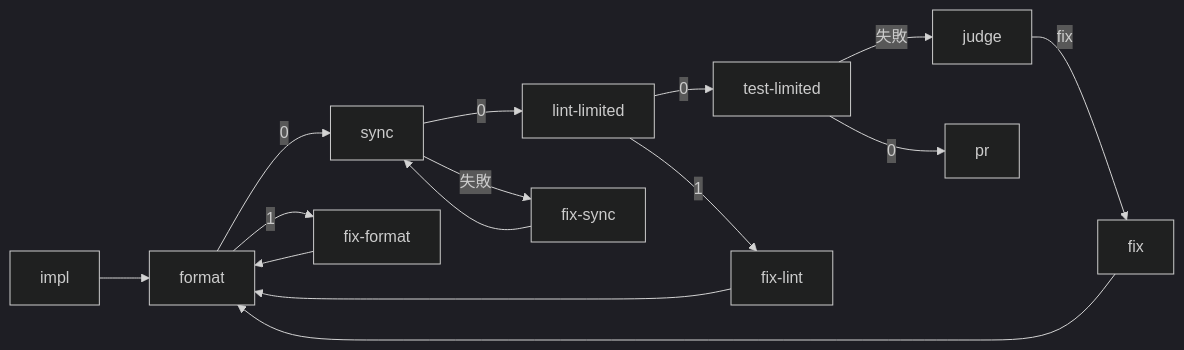
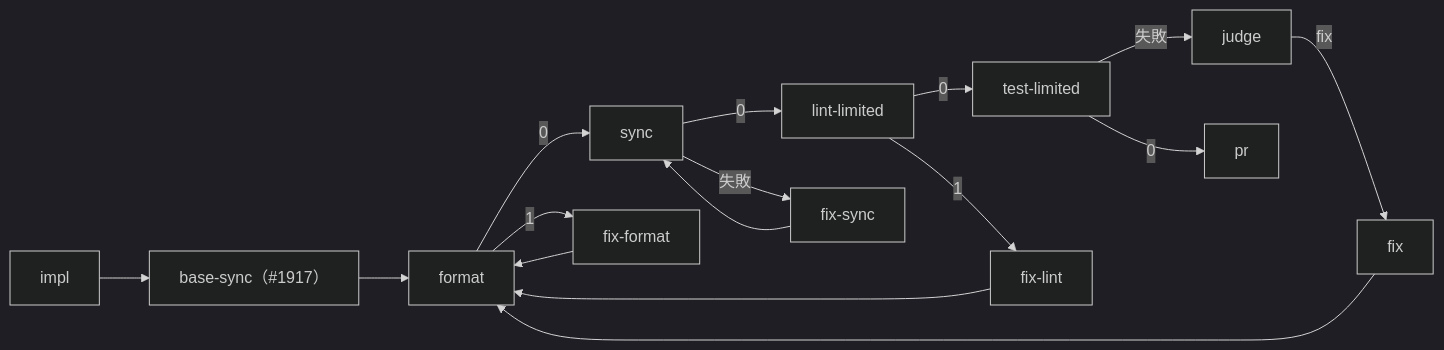
The fourth of 6 diagrams in issues/issue-1651-design.md (devbasex/ai-plugins), drawn with Mermaid (dark theme) before and after one commit. The commit also changed other lines of this file and 1 other file, not shown here.

Commit message:
Docs: #1651 の取り込みの後の並びを #1917 と揃え、plan.py で触る範囲・システム構成図・モジュール構成を書く

````diff
--- a/issues/issue-1651-design.md
+++ b/issues/issue-1651-design.md
@@ -255,17 +287,18 @@
 ```mermaid
 graph LR
-  impl --> format
+  impl --> bs["base-sync（#1917）"]
+  bs --> format
   format -->|0| sync
   format -->|1| fixf["fix-format"]
   fixf --> format
   sync -->|0| lint["lint-limited"]
   sync -->|失敗| fixs["fix-sync"]
   fixs --> sync
   lint -->|0| tl["test-limited"]
   lint -->|1| fixl["fix-lint"]
   fixl --> format
   tl -->|失敗| judge
   judge -->|fix| fix
   fix --> format
   tl -->|0| pr
 ```
````
